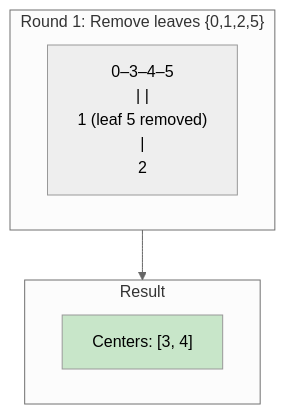
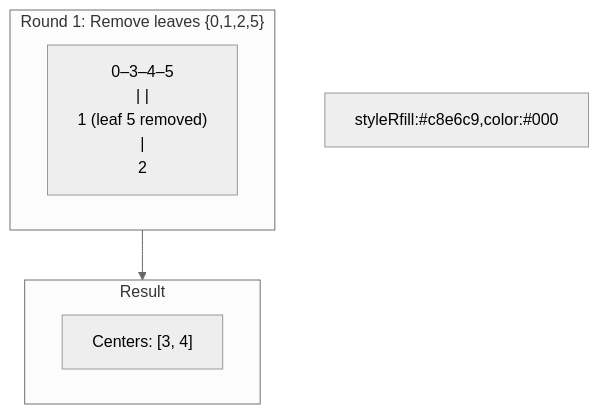
One commit to vadde/DSA changed the diagram in 27 - Topological Sort (Graph)/problem_07_minimum_height_trees_walkthrough.md. Above: the diagram before and after it, drawn with Mermaid (neutral theme). The commit also changed 245 other files, not shown here.

First line of the commit message:
fix: Forensic fix of all Mermaid rendering issues across entire DSA repo + add pre-commit validation infrastructure

````diff
--- a/27 - Topological Sort (Graph)/problem_07_minimum_height_trees_walkthrough.md
+++ b/27 - Topological Sort (Graph)/problem_07_minimum_height_trees_walkthrough.md
@@ -37,14 +37,14 @@
 ```mermaid
 flowchart TD
     subgraph Round1["Round 1: Remove leaves {0,1,2,5}"]
         T1["0–3–4–5\n  |  |\n  1  (leaf 5 removed)\n  |  \n  2"]
     end
     
     subgraph Result
         R["Centers: [3, 4]"]
     end
-    
-    Round1 --> Result
-    
-    style R fill:#c8e6c9,color:#000
+
+Round1 --> Result
+
+styleRfill:#c8e6c9,color:#000
 ```
````
